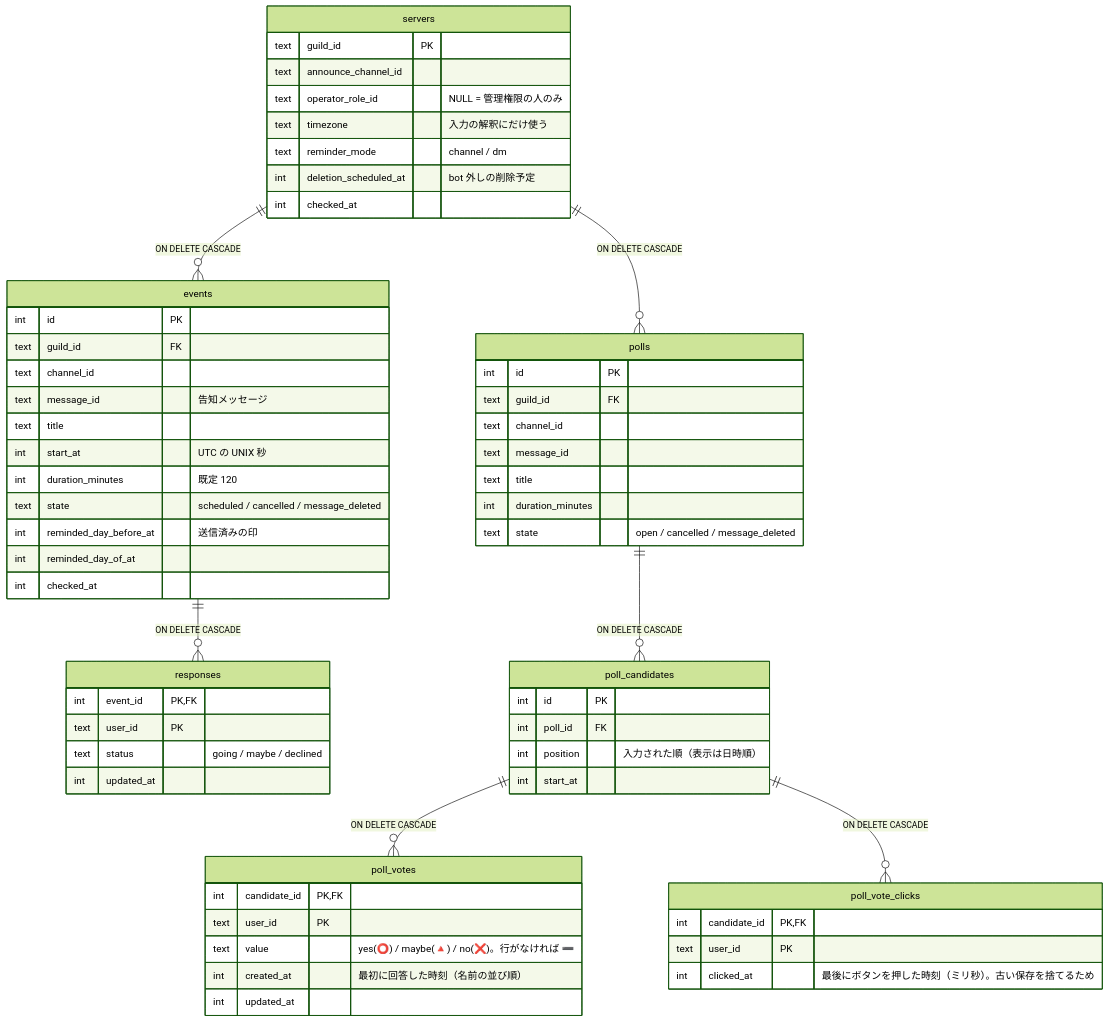
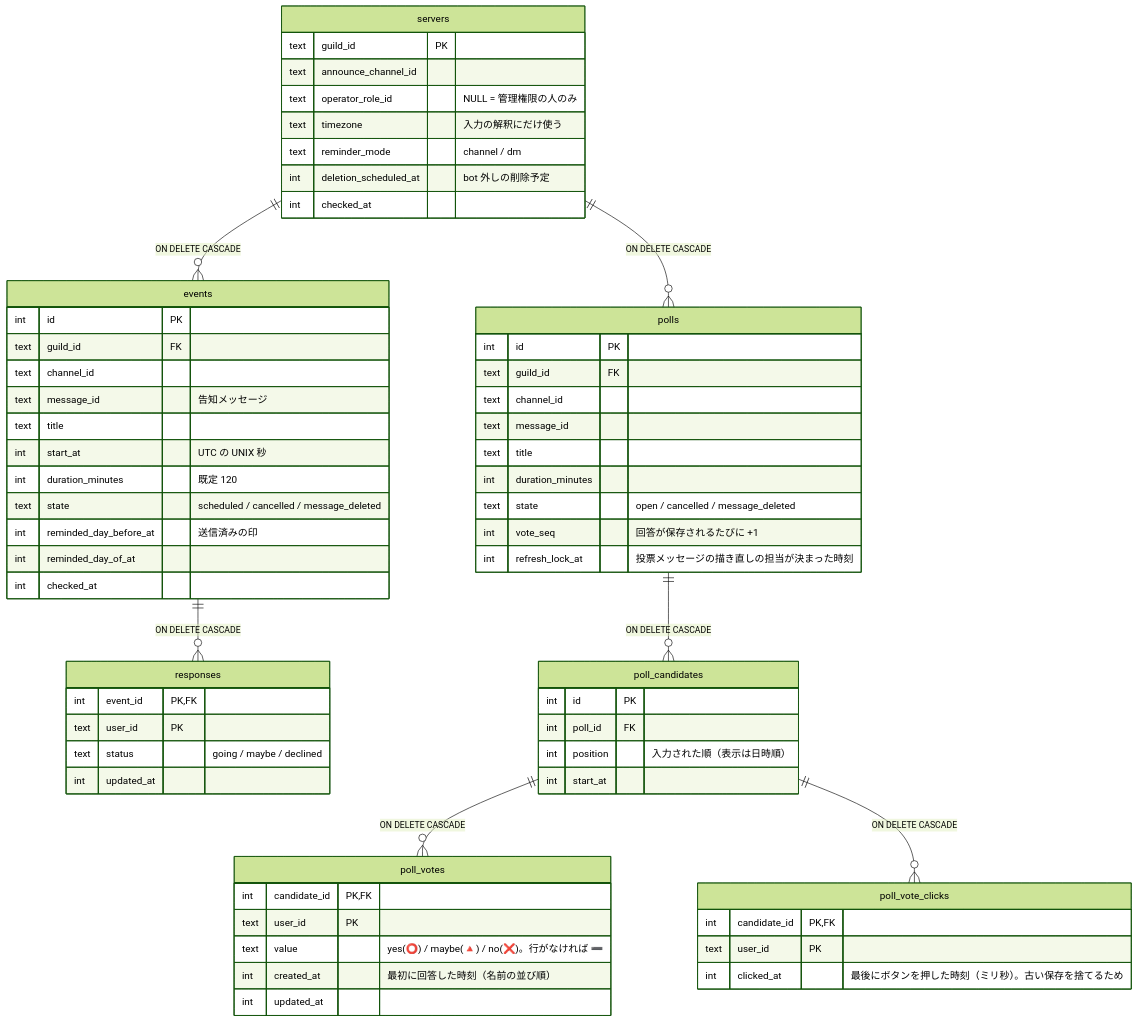
The third of 4 diagrams in docs/architecture.md (DirectKidman/easy-scheduling-bot), drawn with Mermaid (forest theme) before and after one commit. The commit also changed other lines of this file and 6 other files, not shown here.

````diff
--- a/docs/architecture.md
+++ b/docs/architecture.md
@@ -106,65 +106,67 @@
 ```mermaid
 erDiagram
   servers ||--o{ events : "ON DELETE CASCADE"
   servers ||--o{ polls : "ON DELETE CASCADE"
   events ||--o{ responses : "ON DELETE CASCADE"
   polls ||--o{ poll_candidates : "ON DELETE CASCADE"
   poll_candidates ||--o{ poll_votes : "ON DELETE CASCADE"
   poll_candidates ||--o{ poll_vote_clicks : "ON DELETE CASCADE"
 
   servers {
     text guild_id PK
     text announce_channel_id
     text operator_role_id "NULL = 管理権限の人のみ"
     text timezone "入力の解釈にだけ使う"
     text reminder_mode "channel / dm"
     int deletion_scheduled_at "bot 外しの削除予定"
     int checked_at
   }
   events {
     int id PK
     text guild_id FK
     text channel_id
     text message_id "告知メッセージ"
     text title
     int start_at "UTC の UNIX 秒"
     int duration_minutes "既定 120"
     text state "scheduled / cancelled / message_deleted"
     int reminded_day_before_at "送信済みの印"
     int reminded_day_of_at
     int checked_at
   }
   responses {
     int event_id PK,FK
     text user_id PK
     text status "going / maybe / declined"
     int updated_at
   }
   polls {
     int id PK
     text guild_id FK
     text channel_id
     text message_id
     text title
     int duration_minutes
     text state "open / cancelled / message_deleted"
+    int vote_seq "回答が保存されるたびに +1"
+    int refresh_lock_at "投票メッセージの描き直しの担当が決まった時刻"
   }
   poll_candidates {
     int id PK
     int poll_id FK
     int position "入力された順（表示は日時順）"
     int start_at
   }
   poll_votes {
     int candidate_id PK,FK
     text user_id PK
     text value "yes(⭕) / maybe(🔺) / no(❌)。行がなければ ➖"
     int created_at "最初に回答した時刻（名前の並び順）"
     int updated_at
   }
   poll_vote_clicks {
     int candidate_id PK,FK
     text user_id PK
     int clicked_at "最後にボタンを押した時刻（ミリ秒）。古い保存を捨てるため"
   }
 ```
````
